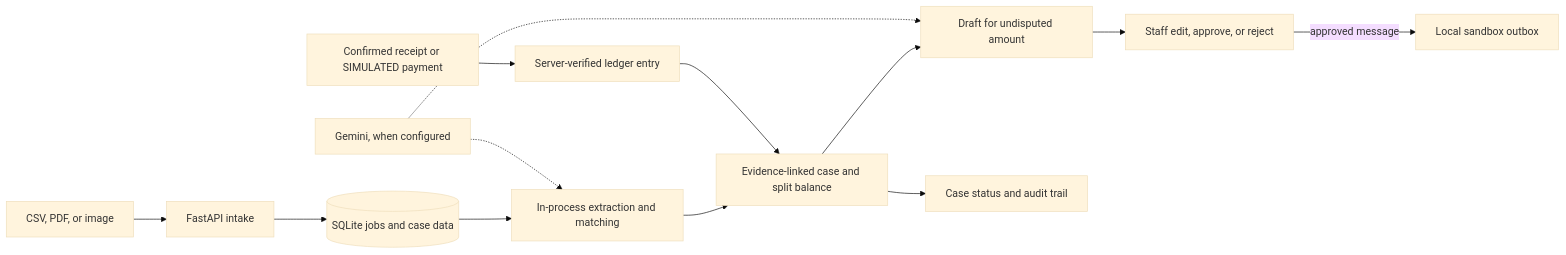
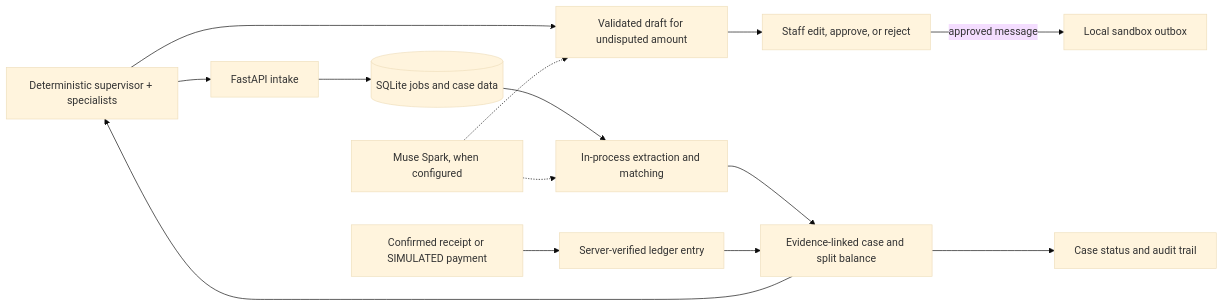
One commit to lakshya14-ds/RecoverFlow-AI changed the diagram in README.md. Above: the diagram before and after it, drawn with Mermaid (base theme). The commit also changed other lines of this file and 92 other files, not shown here.

````diff
--- a/README.md
+++ b/README.md
@@ -21,15 +23,16 @@
 ```mermaid
 flowchart LR
     A["CSV, PDF, or image"] --> B["FastAPI intake"]
     B --> C[("SQLite jobs and case data")]
     C --> D["In-process extraction and matching"]
-    M["Gemini, when configured"] -.-> D
+    M["Muse Spark, when configured"] -.-> D
     D --> E["Evidence-linked case and split balance"]
-    E --> F["Draft for undisputed amount"]
+    E --> A["Deterministic supervisor + specialists"]
+    A --> F["Validated draft for undisputed amount"]
     M -.-> F
     F --> G["Staff edit, approve, or reject"]
     G -->|approved message| H["Local sandbox outbox"]
     P["Confirmed receipt or SIMULATED payment"] --> L["Server-verified ledger entry"]
     L --> E
     E --> S["Case status and audit trail"]
 ```
````
